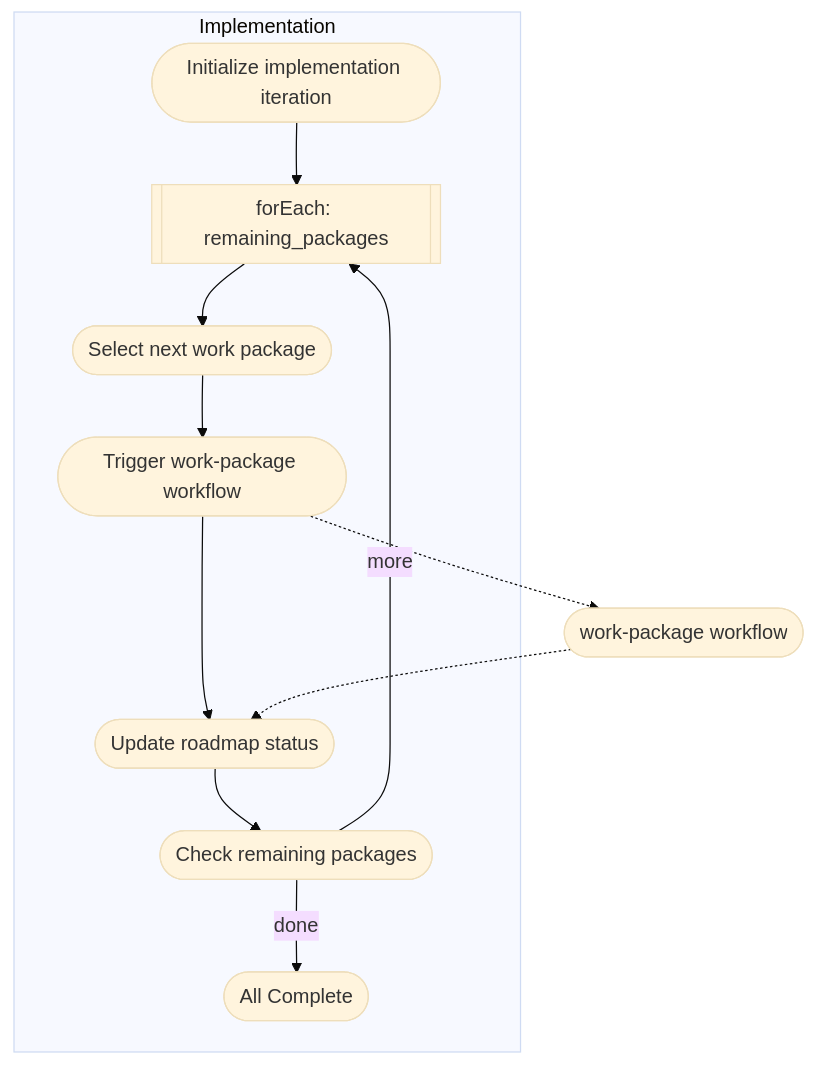
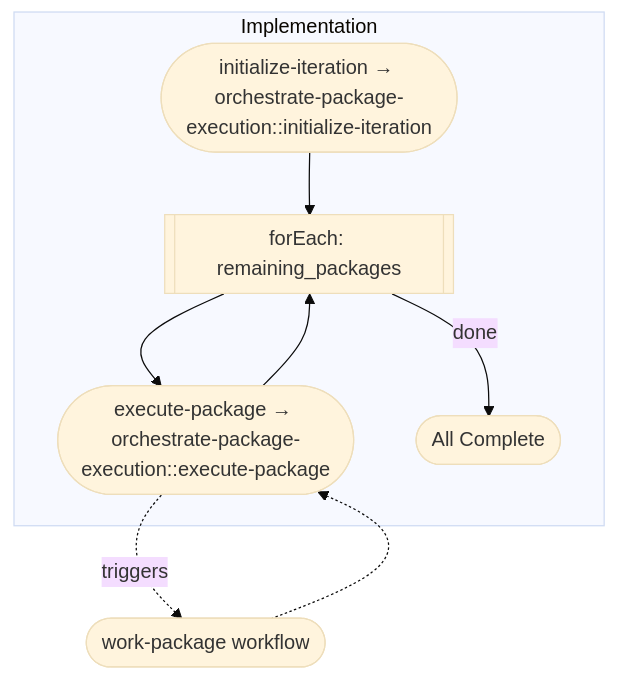
One commit to m2ux/workflow-server changed the eighth of 8 diagrams in work-packages/README.md. Above: the diagram before and after it, drawn with Mermaid (base theme). The commit also changed other lines of this file and 15 other files, not shown here.

````diff
--- a/work-packages/README.md
+++ b/work-packages/README.md
@@ -274,20 +238,17 @@
 ```mermaid
 graph TD
     subgraph implementation[Implementation]
-        i0([Initialize implementation iteration])
+        i0([initialize-iteration → orchestrate-package-execution::initialize-iteration])
         loop[[forEach: remaining_packages]]
-        i1([Select next work package])
-        i2([Trigger work-package workflow])
-        i5([Update roadmap status])
-        i6([Check remaining packages])
+        i1([execute-package → orchestrate-package-execution::execute-package])
         
         i0 --> loop
-        loop --> i1 --> i2 --> i5 --> i6
-        i6 -->|more| loop
-        i6 -->|done| Done([All Complete])
+        loop --> i1
+        i1 --> loop
+        loop -->|done| Done([All Complete])
     end
     
     trigger([work-package workflow])
-    i2 -.-> trigger
-    trigger -.-> i5
+    i1 -.->|triggers| trigger
+    trigger -.-> i1
 ```
````
